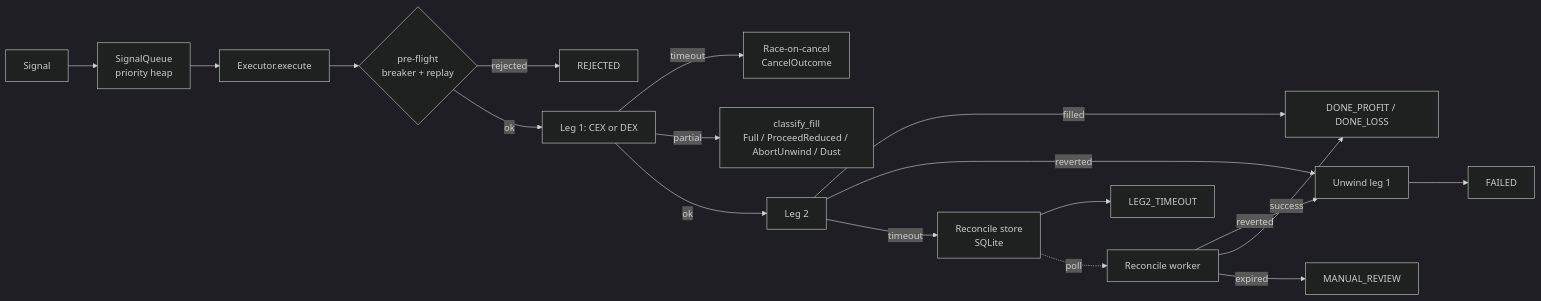
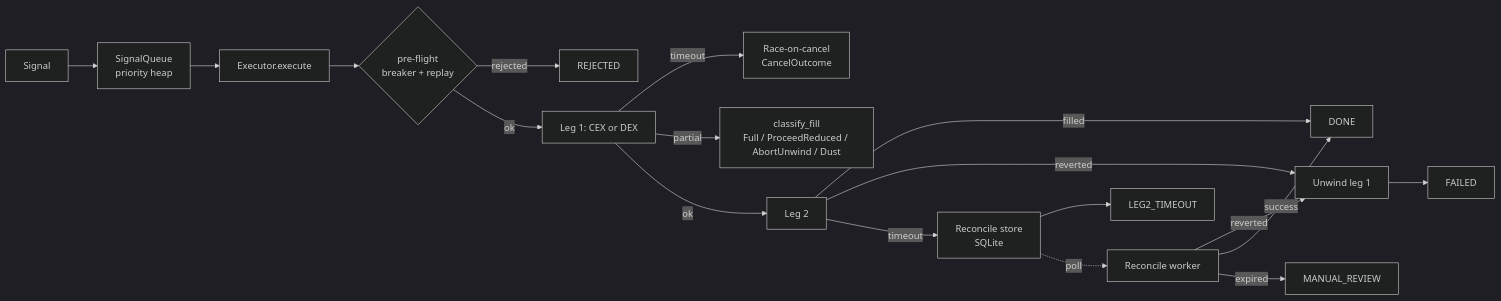
One commit to Gravelino/peanut_internship changed the second of 2 diagrams in README.md. Above: the diagram before and after it, drawn with Mermaid (dark theme). The commit also changed other lines of this file, not shown here.

````diff
--- a/README.md
+++ b/README.md
@@ -244,18 +285,18 @@
 ```mermaid
 flowchart LR
     IN[Signal] --> QQ[SignalQueue<br/>priority heap]
     QQ --> EX[Executor.execute]
     EX --> PF{pre-flight<br/>breaker + replay}
     PF -->|rejected| OUT1[REJECTED]
     PF -->|ok| L1[Leg 1: CEX or DEX]
     L1 -->|timeout| RC[Race-on-cancel<br/>CancelOutcome]
     L1 -->|partial| FC[classify_fill<br/>Full / ProceedReduced / AbortUnwind / Dust]
     L1 -->|ok| L2[Leg 2]
-    L2 -->|filled| OUT2[DONE_PROFIT / DONE_LOSS]
+    L2 -->|filled| OUT2[DONE]
     L2 -->|reverted| UW[Unwind leg 1] --> OUT3[FAILED]
     L2 -->|timeout| RS[Reconcile store<br/>SQLite] --> OUT4[LEG2_TIMEOUT]
     RS -.poll.-> WK[Reconcile worker]
     WK -->|reverted| UW
     WK -->|success| OUT2
     WK -->|expired| OUT5[MANUAL_REVIEW]
 ```
````
